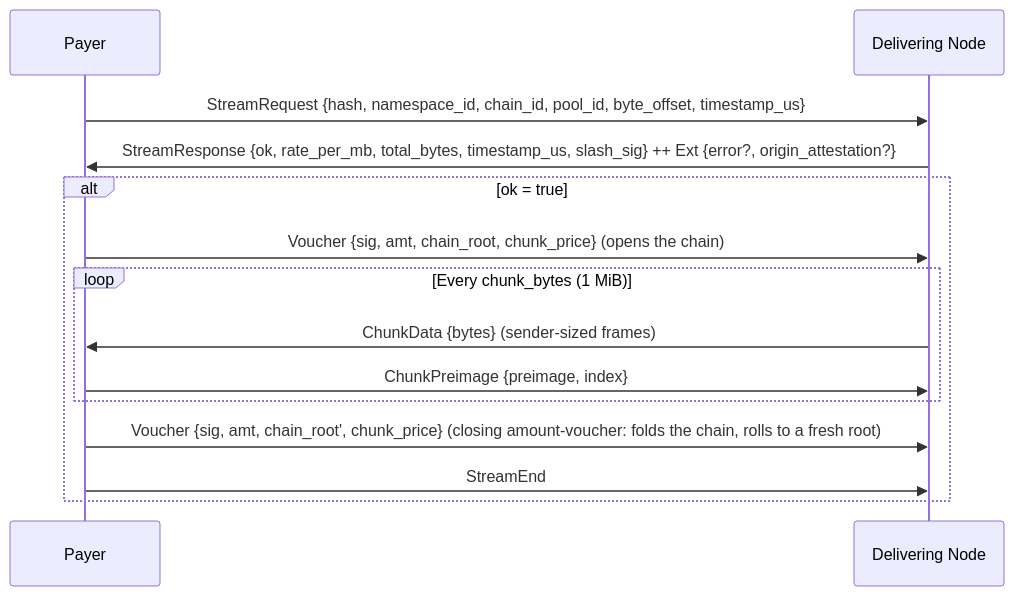
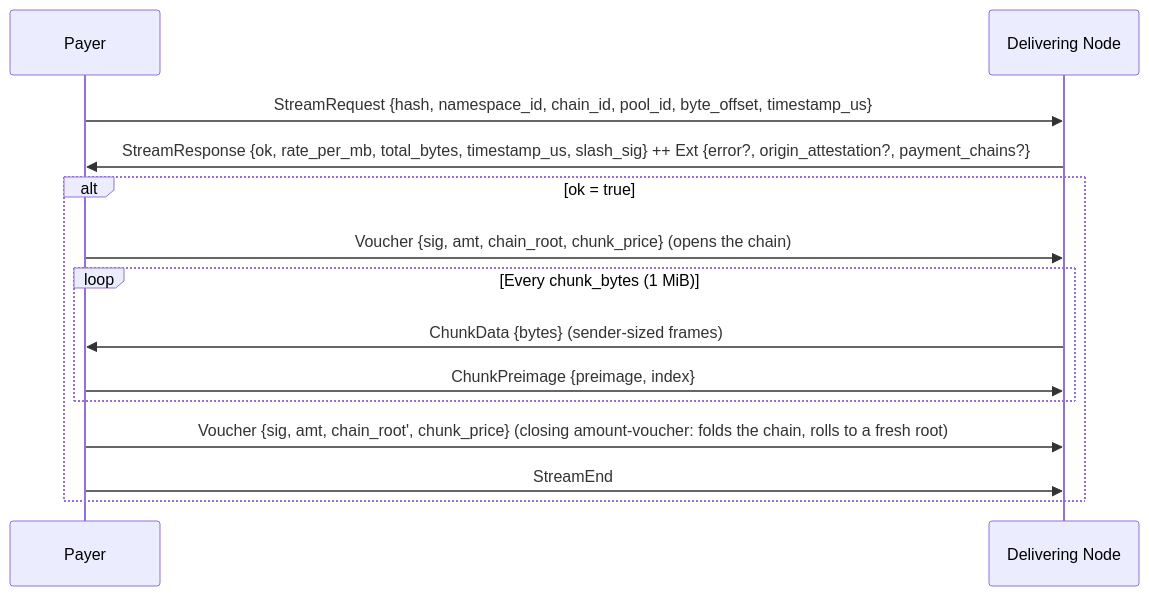
One commit to decdn/decdn changed the second of 3 diagrams in adr/005-protocol.md. Above: the diagram before and after it, drawn with Mermaid. The commit also changed other lines of this file and 2 other files, not shown here.

Commit message:
docs(adr): StreamResponse lists accepted payment chains on a chain refusal

````diff
--- a/adr/005-protocol.md
+++ b/adr/005-protocol.md
@@ -101,18 +101,18 @@
 ```mermaid
 sequenceDiagram
     participant P as Payer
     participant D as Delivering Node
 
     P->>D: StreamRequest {hash, namespace_id, chain_id, pool_id, byte_offset, timestamp_us}
-    D->>P: StreamResponse {ok, rate_per_mb, total_bytes, timestamp_us, slash_sig} ++ Ext {error?, origin_attestation?}
+    D->>P: StreamResponse {ok, rate_per_mb, total_bytes, timestamp_us, slash_sig} ++ Ext {error?, origin_attestation?, payment_chains?}
 
     alt ok = true
         P->>D: Voucher {sig, amt, chain_root, chunk_price} (opens the chain)
         loop Every chunk_bytes (1 MiB)
             D->>P: ChunkData {bytes} (sender-sized frames)
             P->>D: ChunkPreimage {preimage, index}
         end
         P->>D: Voucher {sig, amt, chain_root', chunk_price} (closing amount-voucher: folds the chain, rolls to a fresh root)
         P->>D: StreamEnd
     end
 ```
````
